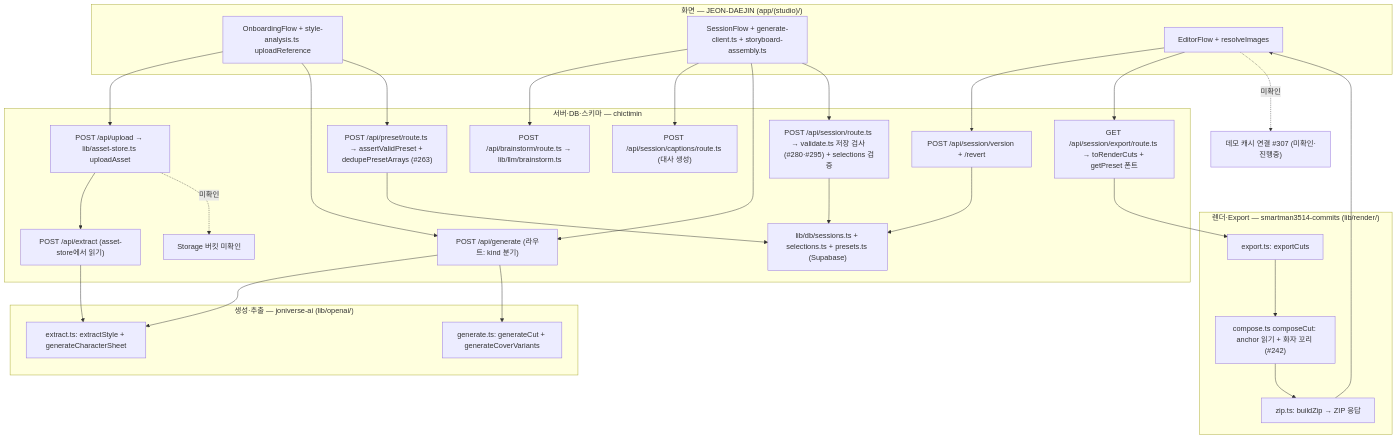
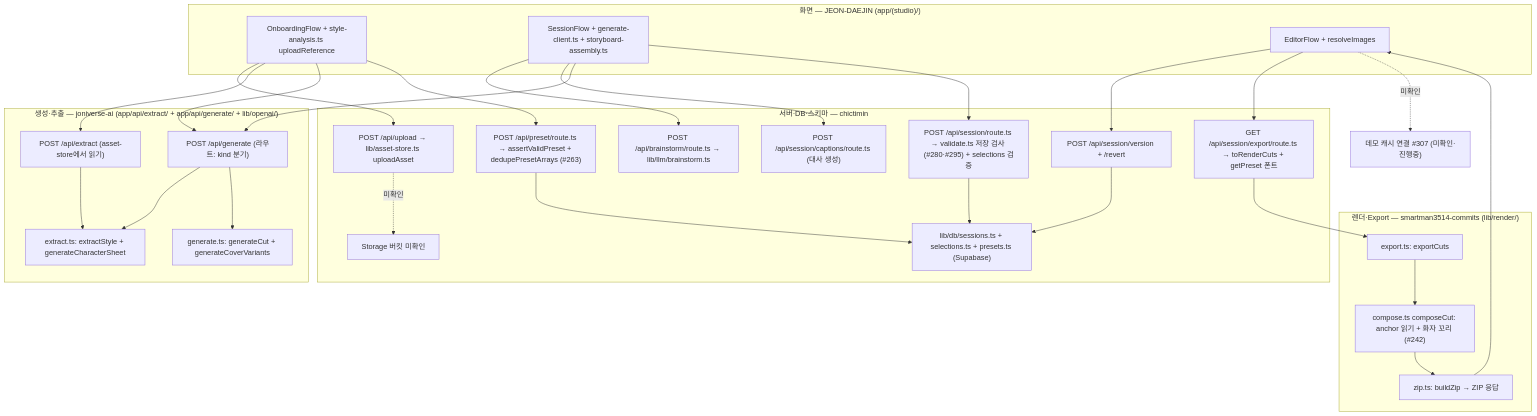
Before and after one commit to chictimin/cuttoon-copilot: the second of 2 diagrams in docs/flows.md, drawn with Mermaid.

Commit message:
docs(flows): #309 리뷰 반영 — extract·generate 라우트를 GEN 레인으로, U_ON→S_EX 직접 연결

````diff
--- a/docs/flows.md
+++ b/docs/flows.md
@@ -48,44 +48,45 @@
 ```mermaid
 flowchart TD
   subgraph UI["화면 — JEON-DAEJIN (app/(studio)/)"]
     U_ON["OnboardingFlow + style-analysis.ts uploadReference"]
     U_SESS["SessionFlow + generate-client.ts + storyboard-assembly.ts"]
     U_ED["EditorFlow + resolveImages"]
   end
   subgraph SRV["서버·DB·스키마 — chictimin"]
     S_UP["POST /api/upload → lib/asset-store.ts uploadAsset"]
-    S_EX["POST /api/extract (asset-store에서 읽기)"]
-    S_GENR["POST /api/generate (라우트: kind 분기)"]
     S_BRAIN["POST /api/brainstorm/route.ts → lib/llm/brainstorm.ts"]
     S_CAP["POST /api/session/captions/route.ts (대사 생성)"]
     S_PRE["POST /api/preset/route.ts → assertValidPreset + dedupePresetArrays (#263)"]
     S_SESS["POST /api/session/route.ts → validate.ts 저장 검사 (#280·#295) + selections 검증"]
     S_VER["POST /api/session/version + /revert"]
     S_EXP["GET /api/session/export/route.ts → toRenderCuts + getPreset 폰트"]
     S_DB["lib/db/sessions.ts + selections.ts + presets.ts (Supabase)"]
     S_STORE["Storage 버킷 미확인"]
   end
-  subgraph GEN["생성·추출 — joniverse-ai (lib/openai/)"]
+  subgraph GEN["생성·추출 — joniverse-ai (app/api/extract/ + app/api/generate/ + lib/openai/)"]
+    S_EX["POST /api/extract (asset-store에서 읽기)"]
+    S_GENR["POST /api/generate (라우트: kind 분기)"]
     G_EXT["extract.ts: extractStyle + generateCharacterSheet"]
     G_GEN["generate.ts: generateCut + generateCoverVariants"]
   end
   subgraph RND["렌더·Export — smartman3514-commits (lib/render/)"]
     R_EXP["export.ts: exportCuts"]
     R_COMP["compose.ts composeCut: anchor 읽기 + 화자 꼬리 (#242)"]
     R_ZIP["zip.ts: buildZip → ZIP 응답"]
   end
   C0["데모 캐시 연결 #307 (미확인·진행중)"]
 
-  U_ON --> S_UP --> S_EX --> G_EXT
+  U_ON --> S_UP
+  U_ON --> S_EX --> G_EXT
   U_ON --> S_GENR --> G_EXT
   S_GENR --> G_GEN
   U_SESS --> S_BRAIN
   U_SESS --> S_CAP
   U_SESS --> S_GENR
   U_ON --> S_PRE --> S_DB
   U_SESS --> S_SESS --> S_DB
   U_ED --> S_VER --> S_DB
   U_ED --> S_EXP --> R_EXP --> R_COMP --> R_ZIP --> U_ED
   S_UP -. "미확인" .-> S_STORE
   U_ED -. "미확인" .-> C0
 ```
````
